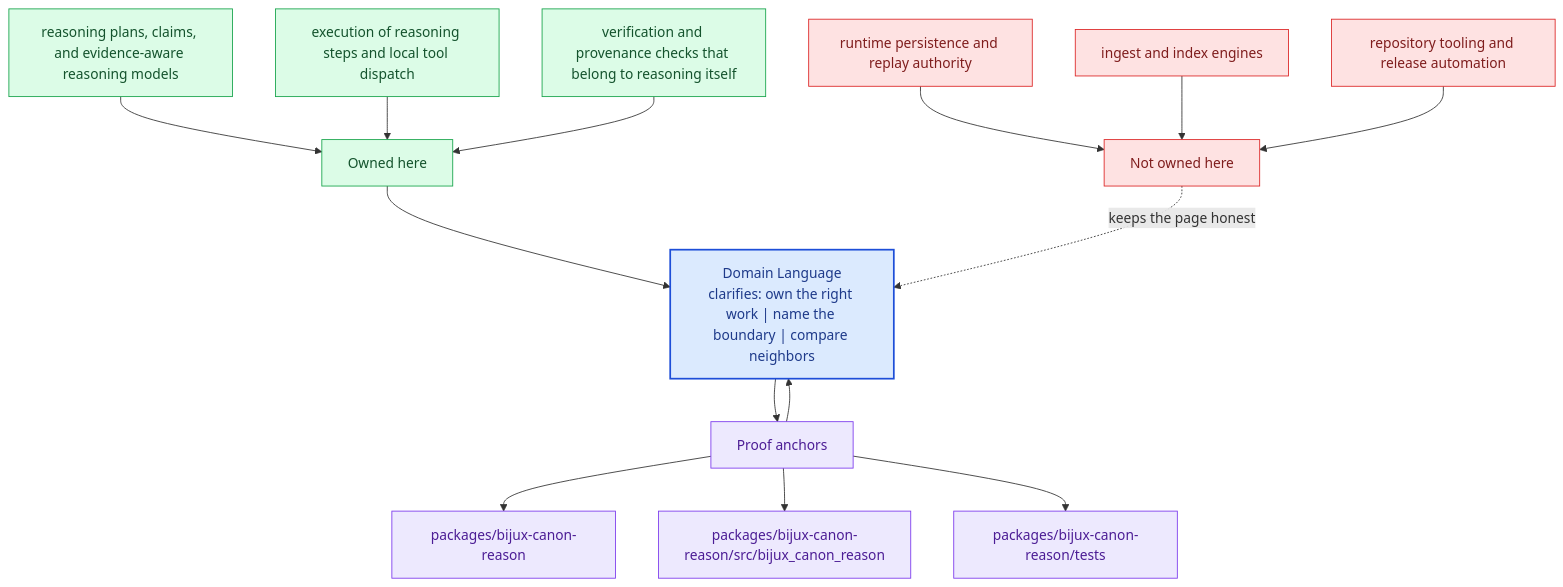
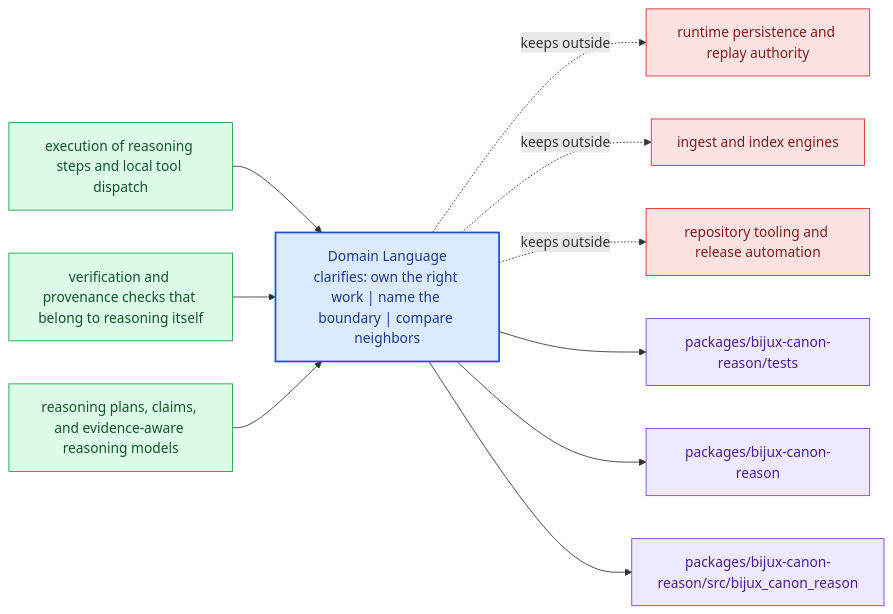
The diagram in docs/bijux-canon-reason/foundation/domain-language.md (bijux/bijux-canon), drawn with Mermaid before and after one commit. The commit also changed other lines of this file and 281 other files, not shown here.

Commit message:
docs(diagrams): replace repeated mermaid scaffolds with page-specific summaries

````diff
--- a/docs/bijux-canon-reason/foundation/domain-language.md
+++ b/docs/bijux-canon-reason/foundation/domain-language.md
@@ -68,40 +23,31 @@
 ```mermaid
-flowchart TB
-    promise["Domain Language<br/>clarifies: own the right work | name the boundary | compare neighbors"]
-    classDef promise fill:#dbeafe,stroke:#1d4ed8,color:#1e3a8a,stroke-width:2px;
-    classDef driver fill:#dcfce7,stroke:#16a34a,color:#14532d;
-    classDef constraint fill:#fee2e2,stroke:#dc2626,color:#7f1d1d;
-    classDef ground fill:#ede9fe,stroke:#7c3aed,color:#4c1d95;
-    focus1["Owned here"]
-    focus1 --> promise
-    focus1_1["reasoning plans, claims, and evidence-aware reasoning models"]
-    focus1_1 --> focus1
-    focus1_2["execution of reasoning steps and local tool dispatch"]
-    focus1_2 --> focus1
-    focus1_3["verification and provenance checks that belong to reasoning itself"]
-    focus1_3 --> focus1
-    class focus1 driver;
-    class focus1_1,focus1_2,focus1_3 driver;
-    focus2["Not owned here"]
-    focus2 -.keeps the page honest.-> promise
-    focus2_1["runtime persistence and replay authority"]
-    focus2_1 --> focus2
-    focus2_2["ingest and index engines"]
-    focus2_2 --> focus2
-    focus2_3["repository tooling and release automation"]
-    focus2_3 --> focus2
-    class focus2 constraint;
-    class focus2_1,focus2_2,focus2_3 constraint;
-    focus3["Proof anchors"]
-    focus3 --> promise
-    promise --> focus3
-    focus3_1["packages/bijux-canon-reason"]
-    focus3 --> focus3_1
-    focus3_2["packages/bijux-canon-reason/src/bijux_canon_reason"]
-    focus3 --> focus3_2
-    focus3_3["packages/bijux-canon-reason/tests"]
-    focus3 --> focus3_3
-    class focus3 ground;
-    class focus3_1,focus3_2,focus3_3 ground;
-    class promise promise;
+flowchart LR
+    page["Domain Language<br/>clarifies: own the right work | name the boundary | compare neighbors"]
+    classDef page fill:#dbeafe,stroke:#1d4ed8,color:#1e3a8a,stroke-width:2px;
+    classDef positive fill:#dcfce7,stroke:#16a34a,color:#14532d;
+    classDef caution fill:#fee2e2,stroke:#dc2626,color:#7f1d1d;
+    classDef anchor fill:#ede9fe,stroke:#7c3aed,color:#4c1d95;
+    classDef action fill:#fef3c7,stroke:#d97706,color:#7c2d12;
+    own1["execution of reasoning steps and local tool dispatch"]
+    own1 --> page
+    own2["verification and provenance checks that belong to reasoning itself"]
+    own2 --> page
+    own3["reasoning plans, claims, and evidence-aware reasoning models"]
+    own3 --> page
+    limit1["runtime persistence and replay authority"]
+    page -.keeps outside.-> limit1
+    limit2["ingest and index engines"]
+    page -.keeps outside.-> limit2
+    limit3["repository tooling and release automation"]
+    page -.keeps outside.-> limit3
+    anchor1["packages/bijux-canon-reason/tests"]
+    page --> anchor1
+    anchor2["packages/bijux-canon-reason"]
+    page --> anchor2
+    anchor3["packages/bijux-canon-reason/src/bijux_canon_reason"]
+    page --> anchor3
+    class page page;
+    class own1,own2,own3 positive;
+    class limit1,limit2,limit3 caution;
+    class anchor1,anchor2,anchor3 anchor;
 ```
````
